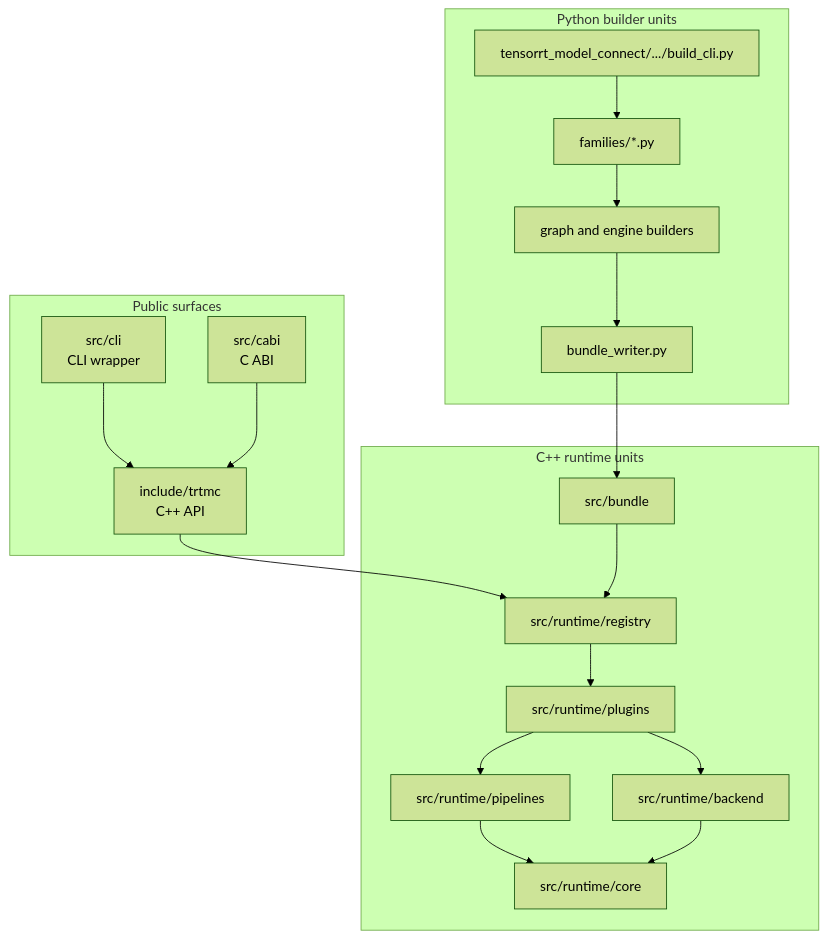
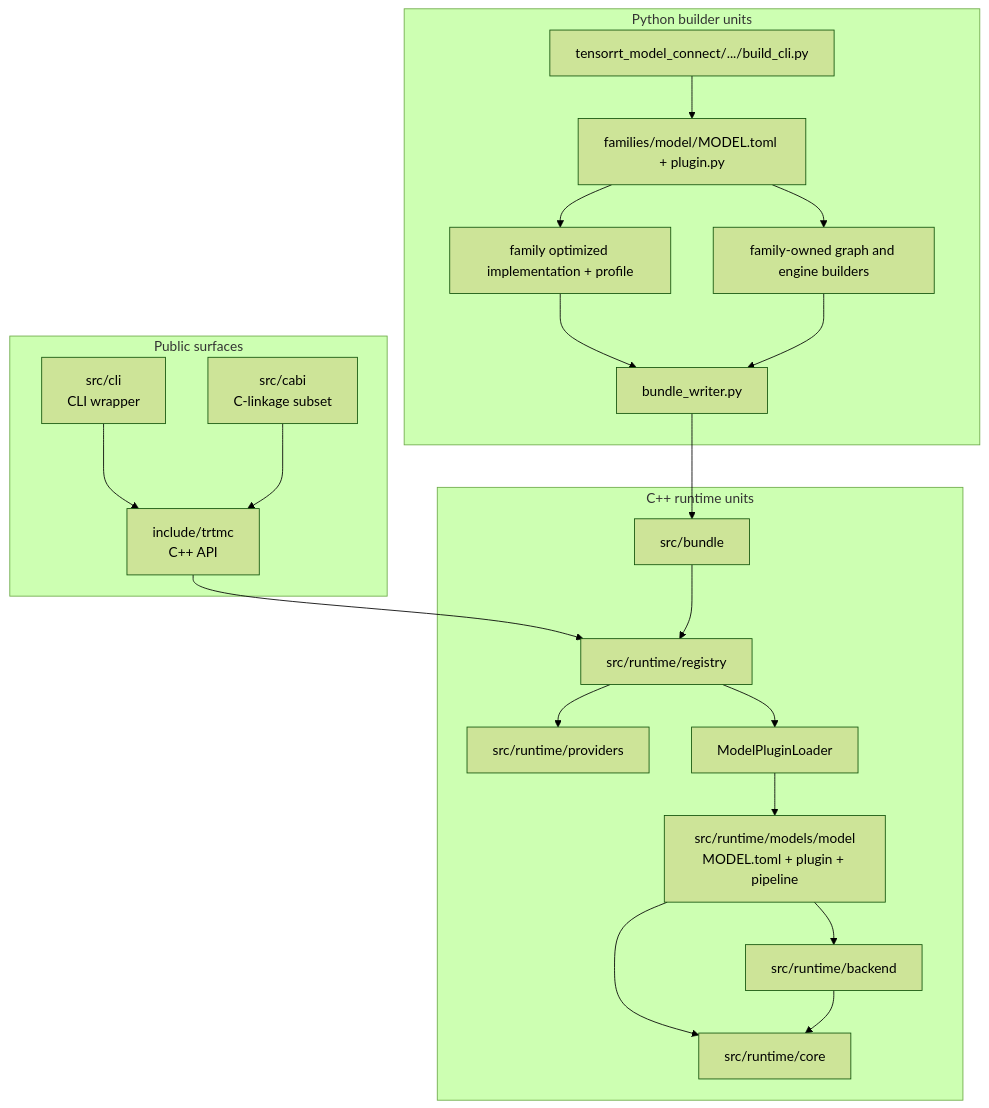
Before and after one commit to AbishekCoder1/TensorRT-Model-Connect: the diagram in website/docs/unit-design/overview.md, drawn with Mermaid (forest theme). The commit also changed other lines of this file and 83 other files, not shown here.

````diff
--- a/website/docs/unit-design/overview.md
+++ b/website/docs/unit-design/overview.md
@@ -9,38 +15,43 @@
 ```mermaid
 flowchart TB
   subgraph Public["Public surfaces"]
     PublicAPI["include/trtmc<br/>C++ API"]
     CLI["src/cli<br/>CLI wrapper"]
-    CABI["src/cabi<br/>C ABI"]
+    CABI["src/cabi<br/>C-linkage subset"]
   end
 
   subgraph Build["Python builder units"]
     BuildCLI["tensorrt_model_connect/.../build_cli.py"]
-    Families["families/*.py"]
-    Builders["graph and engine builders"]
+    Families["families/model/MODEL.toml + plugin.py"]
+    Provider["family optimized implementation + profile"]
+    Builders["family-owned graph and engine builders"]
     BundleWriter["bundle_writer.py"]
   end
 
   subgraph Runtime["C++ runtime units"]
     Bundle["src/bundle"]
     Registry["src/runtime/registry"]
-    Plugins["src/runtime/plugins"]
-    Pipelines["src/runtime/pipelines"]
+    OptimizedHost["src/runtime/providers"]
+    Loader["ModelPluginLoader"]
+    Models["src/runtime/models/model<br/>MODEL.toml + plugin + pipeline"]
     Core["src/runtime/core"]
     Backend["src/runtime/backend"]
   end
 
   BuildCLI --> Families
+  Families --> Provider
+  Provider --> BundleWriter
   Families --> Builders
   Builders --> BundleWriter
   BundleWriter --> Bundle
   PublicAPI --> Registry
   CLI --> PublicAPI
   CABI --> PublicAPI
   Bundle --> Registry
-  Registry --> Plugins
-  Plugins --> Pipelines
-  Pipelines --> Core
-  Plugins --> Backend
+  Registry --> OptimizedHost
+  Registry --> Loader
+  Loader --> Models
+  Models --> Core
+  Models --> Backend
   Backend --> Core
 ```
````
